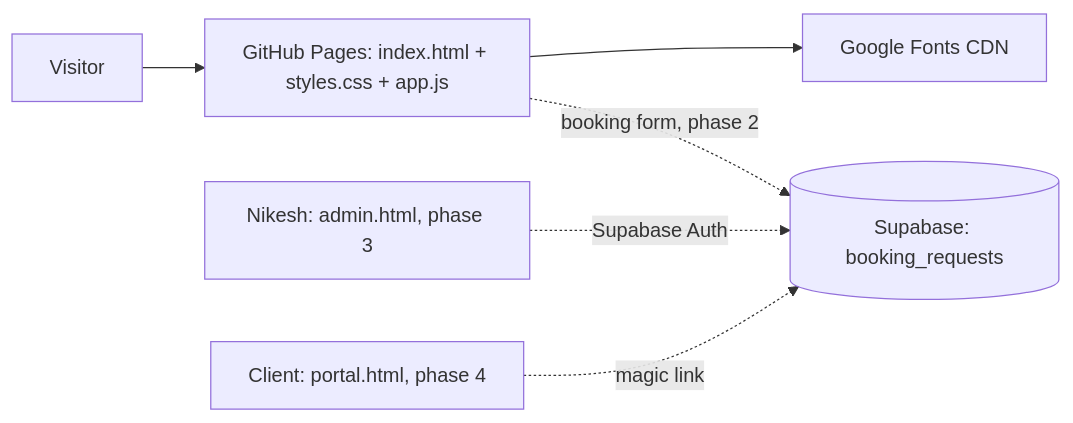
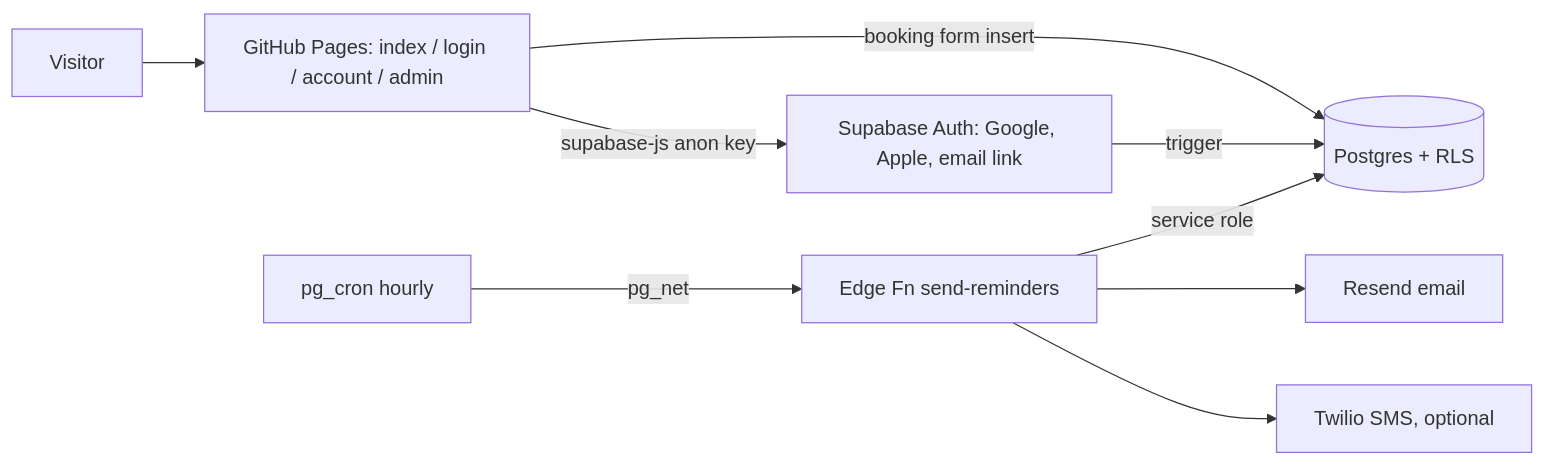
Before and after one commit to BeldangiBoiCode/massage-site: the diagram in .agent/DIAGRAM.md, drawn with Mermaid. The commit also changed other lines of this file and 10 other files, not shown here.

Commit message:
feat: supabase auth, customer profiles, admin dashboard, reminder cron

````diff
--- a/.agent/DIAGRAM.md
+++ b/.agent/DIAGRAM.md
@@ -5,8 +5,10 @@
 ```mermaid
 flowchart LR
-  Visitor --> Pages[GitHub Pages: index.html + styles.css + app.js]
-  Pages --> Fonts[Google Fonts CDN]
-  Pages -. booking form, phase 2 .-> SB[(Supabase: booking_requests)]
-  Nikesh[Nikesh: admin.html, phase 3] -. Supabase Auth .-> SB
-  Client[Client: portal.html, phase 4] -. magic link .-> SB
+  Visitor --> Pages[GitHub Pages: index / login / account / admin]
+  Pages -- supabase-js anon key --> Auth[Supabase Auth: Google, Apple, email link]
+  Pages -- booking form insert --> SB[(Postgres + RLS)]
+  Auth -- trigger --> SB
+  Cron[pg_cron hourly] -- pg_net --> Fn[Edge Fn send-reminders]
+  Fn -- service role --> SB
+  Fn --> Resend[Resend email] & Twilio[Twilio SMS, optional]
 ```
````
